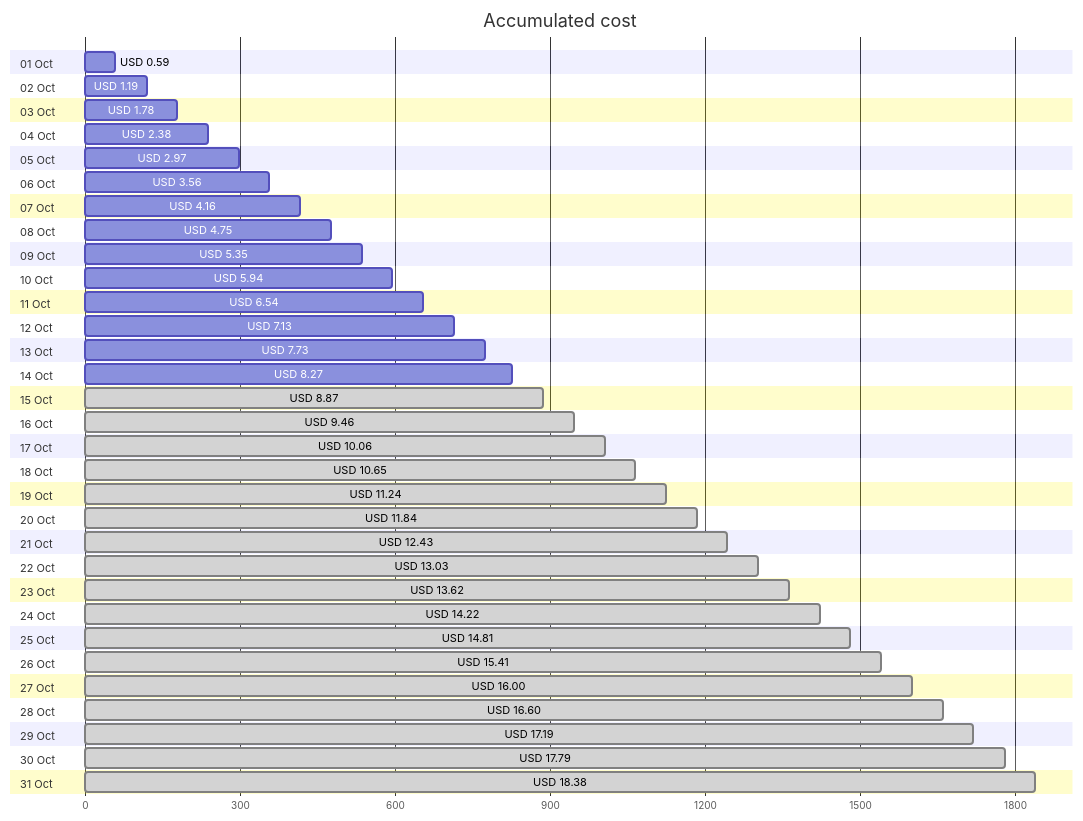
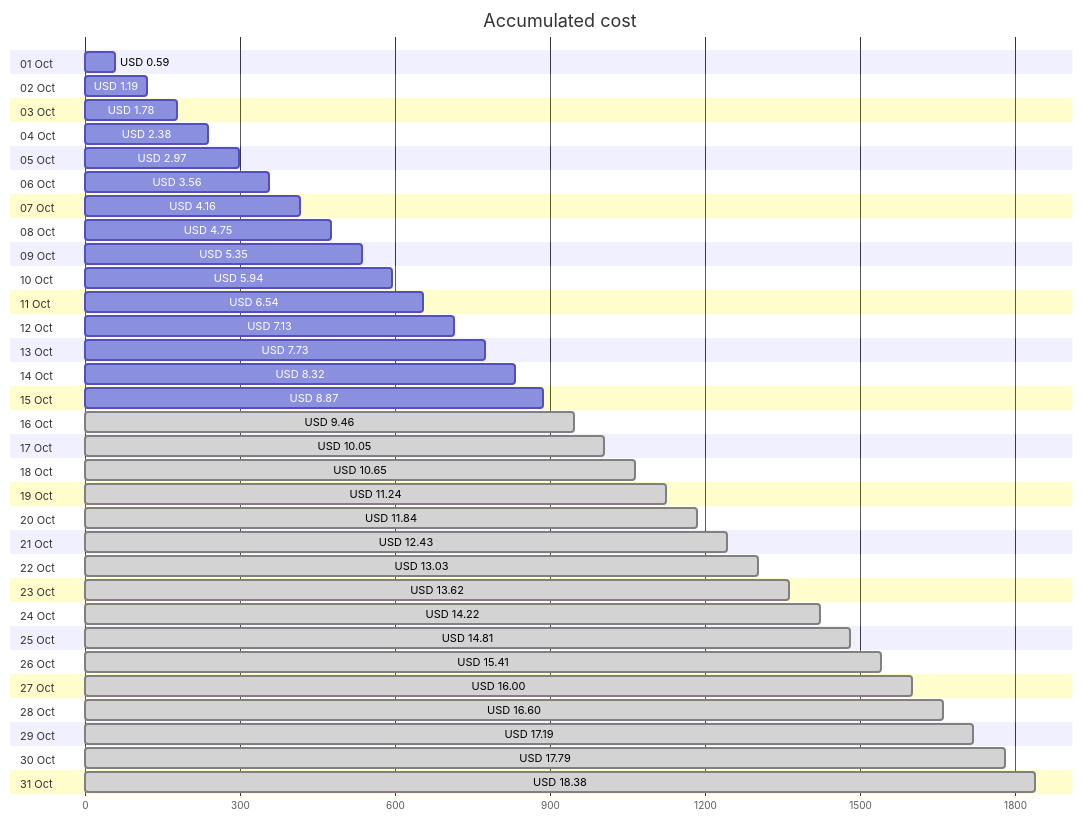
One commit to jpfulton/azure-personal-reports changed the first of 4 diagrams in cost-reports/personal-site/README.md. Above: the diagram before and after it, drawn with Mermaid. The commit also changed other lines of this file and 7 other files, not shown here.

````diff
--- a/cost-reports/personal-site/README.md
+++ b/cost-reports/personal-site/README.md
@@ -20,68 +20,68 @@
 ```mermaid
 gantt
    title Accumulated cost
    dateFormat  X
    axisFormat %s
    section 01 Oct
    USD 0.59 :0, 59
    section 02 Oct
    USD 1.19 :0, 119
    section 03 Oct
    USD 1.78 :0, 178
    section 04 Oct
    USD 2.38 :0, 238
    section 05 Oct
    USD 2.97 :0, 297
    section 06 Oct
    USD 3.56 :0, 356
    section 07 Oct
    USD 4.16 :0, 416
    section 08 Oct
    USD 4.75 :0, 475
    section 09 Oct
    USD 5.35 :0, 535
    section 10 Oct
    USD 5.94 :0, 594
    section 11 Oct
    USD 6.54 :0, 654
    section 12 Oct
    USD 7.13 :0, 713
    section 13 Oct
    USD 7.73 :0, 773
    section 14 Oct
-   USD 8.27 :0, 827
+   USD 8.32 :0, 832
    section 15 Oct
-   USD 8.87 : done, 0, 887
+   USD 8.87 :0, 887
    section 16 Oct
    USD 9.46 : done, 0, 946
    section 17 Oct
-   USD 10.06 : done, 0, 1006
+   USD 10.05 : done, 0, 1005
    section 18 Oct
    USD 10.65 : done, 0, 1065
    section 19 Oct
    USD 11.24 : done, 0, 1124
    section 20 Oct
    USD 11.84 : done, 0, 1184
    section 21 Oct
    USD 12.43 : done, 0, 1243
    section 22 Oct
    USD 13.03 : done, 0, 1303
    section 23 Oct
    USD 13.62 : done, 0, 1362
    section 24 Oct
    USD 14.22 : done, 0, 1422
    section 25 Oct
    USD 14.81 : done, 0, 1481
    section 26 Oct
    USD 15.41 : done, 0, 1541
    section 27 Oct
    USD 16.00 : done, 0, 1600
    section 28 Oct
    USD 16.60 : done, 0, 1660
    section 29 Oct
    USD 17.19 : done, 0, 1719
    section 30 Oct
    USD 17.79 : done, 0, 1779
    section 31 Oct
    USD 18.38 : done, 0, 1838
 ```
````
